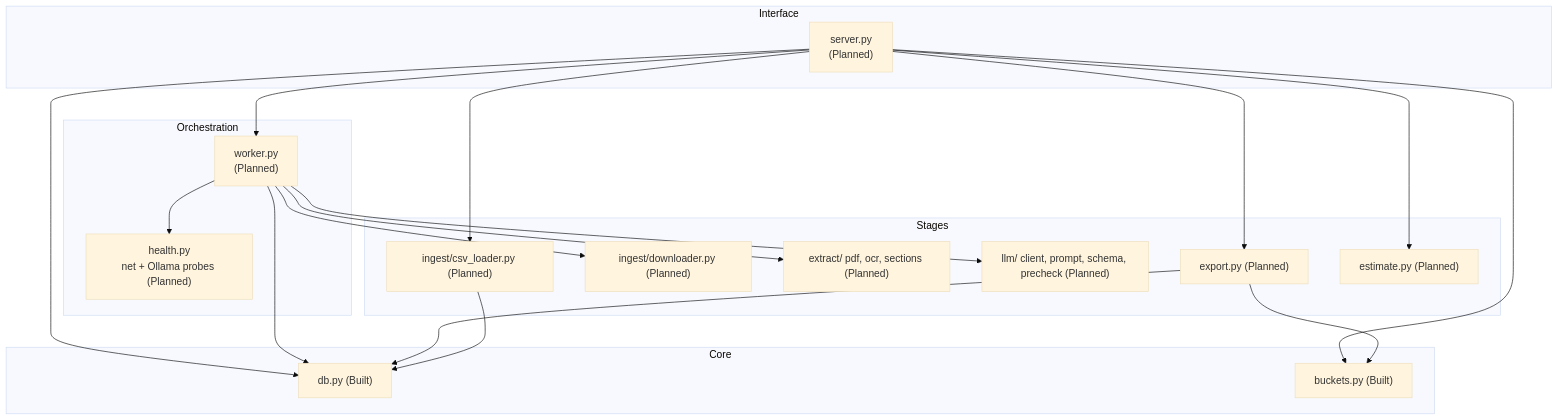
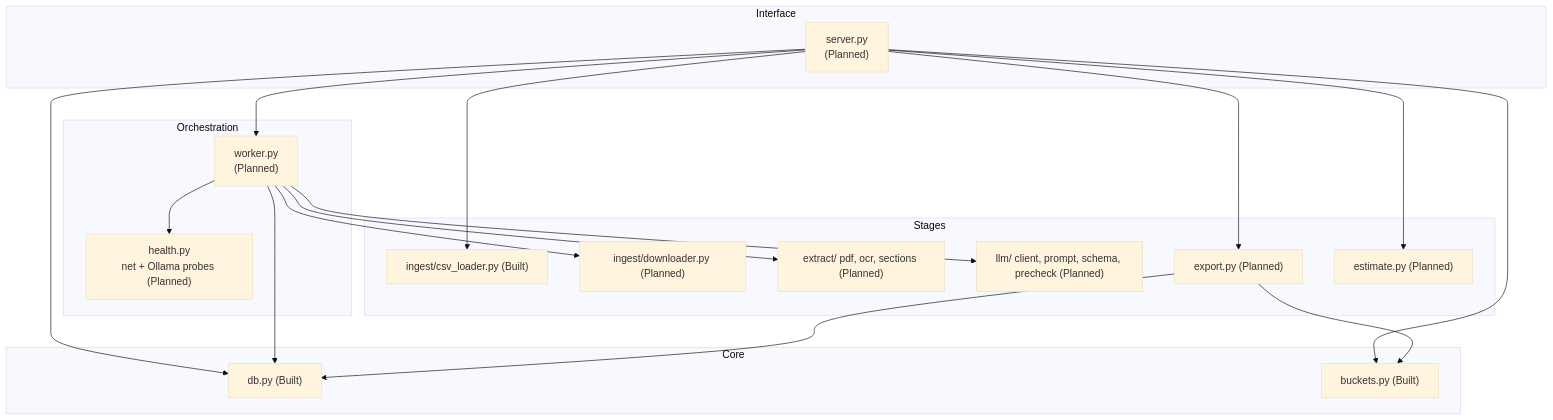
One commit to Aryan27-max/Atlas changed the third of 13 diagrams in ARCHITECTURE.md. Above: the diagram before and after it, drawn with Mermaid (base theme). The commit also changed other lines of this file and 8 other files, not shown here.

First line of the commit message:
phase1(1.3): CSV loader and pre-flight report

````diff
--- a/ARCHITECTURE.md
+++ b/ARCHITECTURE.md
@@ -118,37 +118,36 @@
 ```mermaid
 flowchart TB
     subgraph L1["Interface"]
         server["server.py<br/>(Planned)"]
     end
     subgraph L2["Orchestration"]
         worker["worker.py<br/>(Planned)"]
         health["health.py<br/>net + Ollama probes (Planned)"]
     end
     subgraph L3["Stages"]
-        csvl["ingest/csv_loader.py (Planned)"]
+        csvl["ingest/csv_loader.py (Built)"]
         dl["ingest/downloader.py (Planned)"]
         ext["extract/ pdf, ocr, sections (Planned)"]
         llm["llm/ client, prompt, schema, precheck (Planned)"]
         exp["export.py (Planned)"]
         est["estimate.py (Planned)"]
     end
     subgraph L4["Core"]
         db["db.py (Built)"]
         buckets["buckets.py (Built)"]
     end
 
     server --> worker
     server --> db
     server --> buckets
     server --> csvl
     server --> exp
     server --> est
     worker --> health
     worker --> dl
     worker --> ext
     worker --> llm
     worker --> db
     exp --> db
     exp --> buckets
-    csvl --> db
 ```
````
